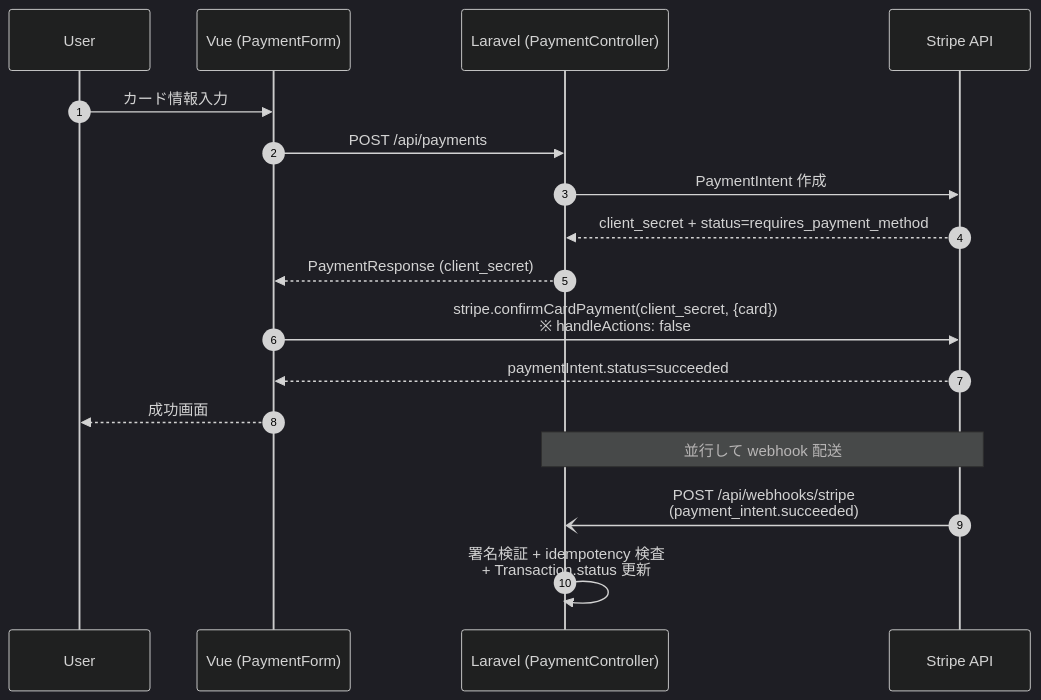
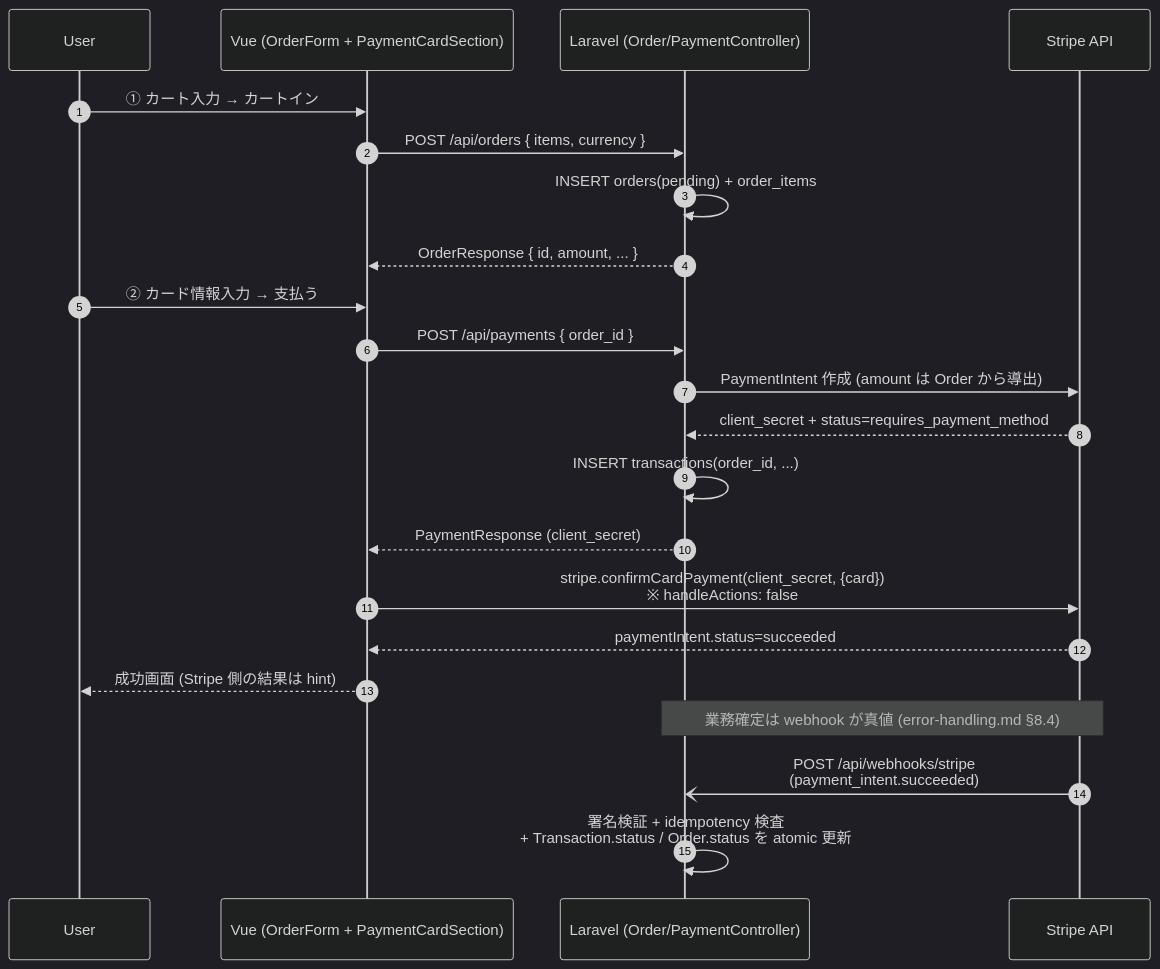
One commit to izdev0000/3ds2-demo changed the third of 6 diagrams in docs/architecture.md. Above: the diagram before and after it, drawn with Mermaid (dark theme). The commit also changed other lines of this file and 9 other files, not shown here.

````diff
--- a/docs/architecture.md
+++ b/docs/architecture.md
@@ -143,21 +146,27 @@
 ```mermaid
 sequenceDiagram
     autonumber
     participant U as User
-    participant V as Vue (PaymentForm)
-    participant L as Laravel (PaymentController)
+    participant V as Vue (OrderForm + PaymentCardSection)
+    participant L as Laravel (Order/PaymentController)
     participant S as Stripe API
 
-    U->>V: カード情報入力
-    V->>L: POST /api/payments
-    L->>S: PaymentIntent 作成
+    U->>V: ① カート入力 → カートイン
+    V->>L: POST /api/orders { items, currency }
+    L->>L: INSERT orders(pending) + order_items
+    L-->>V: OrderResponse { id, amount, ... }
+
+    U->>V: ② カード情報入力 → 支払う
+    V->>L: POST /api/payments { order_id }
+    L->>S: PaymentIntent 作成 (amount は Order から導出)
     S-->>L: client_secret + status=requires_payment_method
+    L->>L: INSERT transactions(order_id, ...)
     L-->>V: PaymentResponse (client_secret)
     V->>S: stripe.confirmCardPayment(client_secret, {card})<br/>※ handleActions: false
     S-->>V: paymentIntent.status=succeeded
-    V-->>U: 成功画面
+    V-->>U: 成功画面 (Stripe 側の結果は hint)
 
-    Note over S,L: 並行して webhook 配送
+    Note over S,L: 業務確定は webhook が真値 (error-handling.md §8.4)
     S-)L: POST /api/webhooks/stripe<br/>(payment_intent.succeeded)
-    L->>L: 署名検証 + idempotency 検査<br/>+ Transaction.status 更新
+    L->>L: 署名検証 + idempotency 検査<br/>+ Transaction.status / Order.status を atomic 更新
 ```
````
